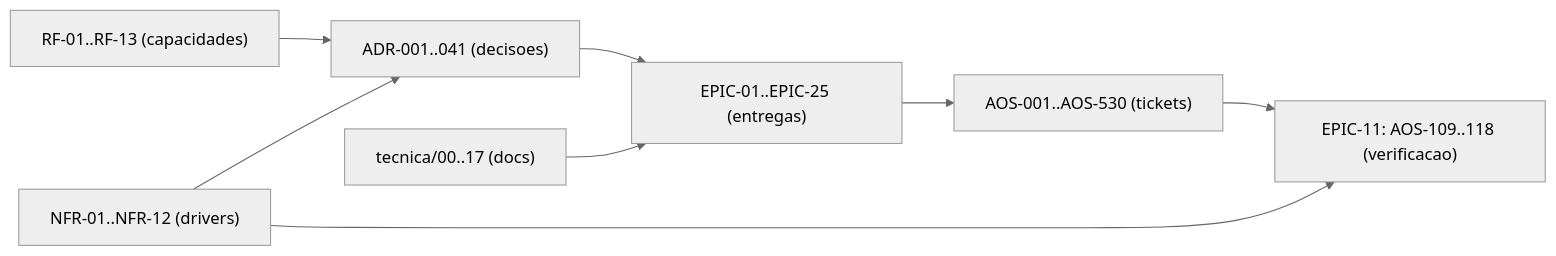
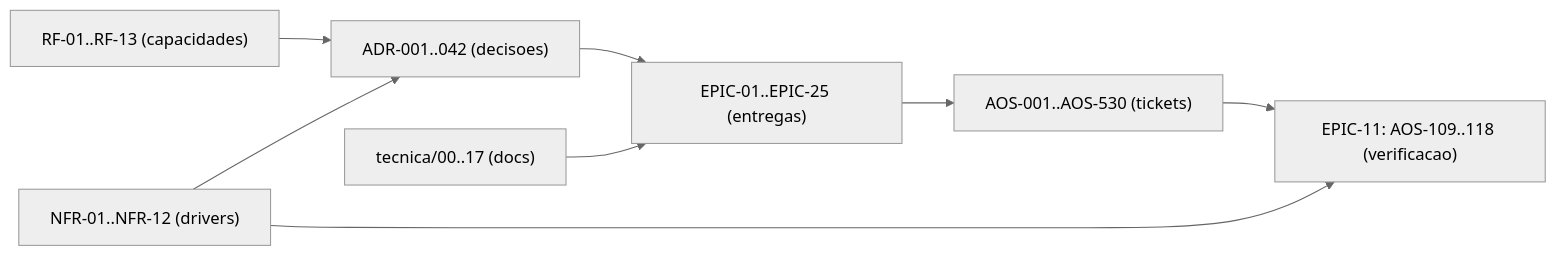
Before and after one commit to albinoJimy/aos: the diagram in tecnica/16_Rastreabilidade_RTM.md, drawn with Mermaid (neutral theme). The commit also changed other lines of this file and 5 other files, not shown here.

````diff
--- a/tecnica/16_Rastreabilidade_RTM.md
+++ b/tecnica/16_Rastreabilidade_RTM.md
@@ -209,10 +211,10 @@
 ```mermaid
 flowchart LR
-    RF["RF-01..RF-13 (capacidades)"] --> ADR["ADR-001..041 (decisoes)"]
+    RF["RF-01..RF-13 (capacidades)"] --> ADR["ADR-001..042 (decisoes)"]
     NFR["NFR-01..NFR-12 (drivers)"] --> ADR
     ADR --> EPIC["EPIC-01..EPIC-25 (entregas)"]
     EPIC --> TICK["AOS-001..AOS-530 (tickets)"]
     DOC["tecnica/00..17 (docs)"] --> EPIC
     TICK --> TEST["EPIC-11: AOS-109..118 (verificacao)"]
     NFR --> TEST
 ```
````
